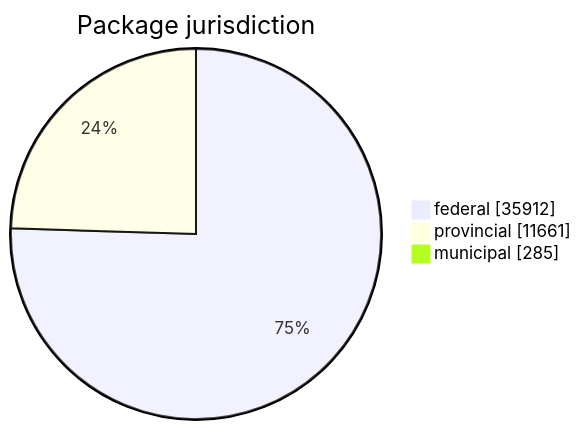
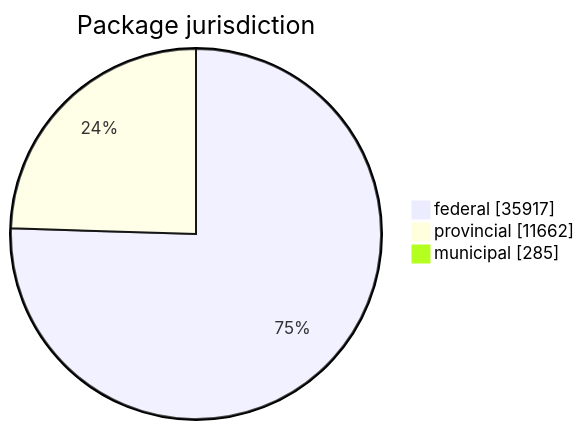
The first of 5 diagrams in FreshCheck/README.md (open-data/analytics-corporate-reporting), drawn with Mermaid before and after one commit. The commit also changed other lines of this file and 3 other files, not shown here.

````diff
--- a/FreshCheck/README.md
+++ b/FreshCheck/README.md
@@ -60,6 +60,6 @@
 ```mermaid
 pie showData title Package jurisdiction
-    "federal": 35912
-    "provincial": 11661
+    "federal": 35917
+    "provincial": 11662
     "municipal": 285
 ```
````
